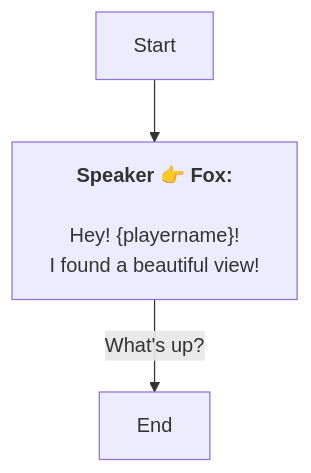
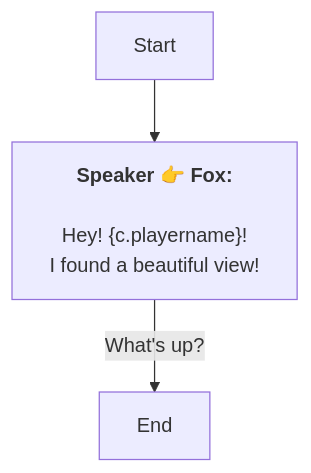
The diagram in En/QuestStartTalkENode_1751813638943161.md (SoftHu/tos_avg), drawn with Mermaid before and after one commit. The commit also changed 410 other files, not shown here.

````diff
--- a/En/QuestStartTalkENode_1751813638943161.md
+++ b/En/QuestStartTalkENode_1751813638943161.md
@@ -1,8 +1,8 @@
 ```mermaid
 graph
 Start -->1751814007493088[<b>Speaker 👉 Fox:</b>
-\nHey! &lbrace;playername&rbrace;! 
+\nHey! &lbrace;c.playername&rbrace;! 
 I found a beautiful view!]
 1751814007493088 -->|What's up?|1751814479853030[End]
 
 ```
````
